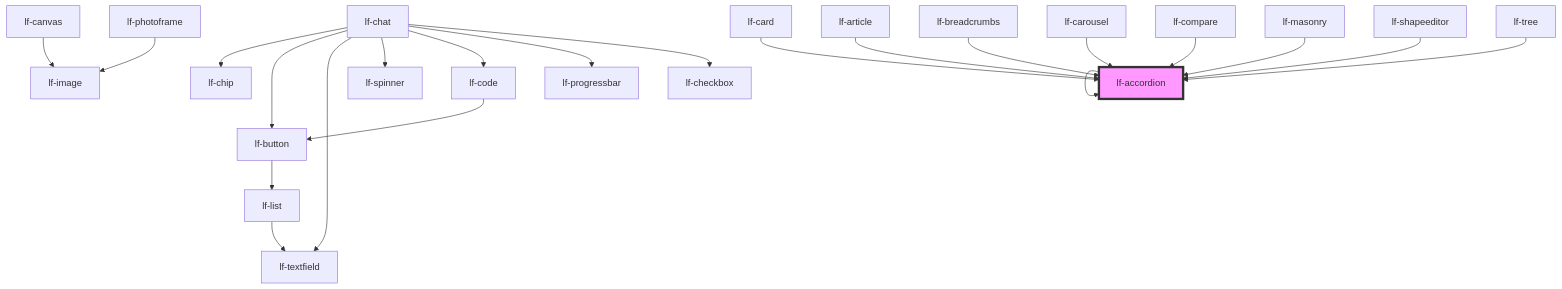
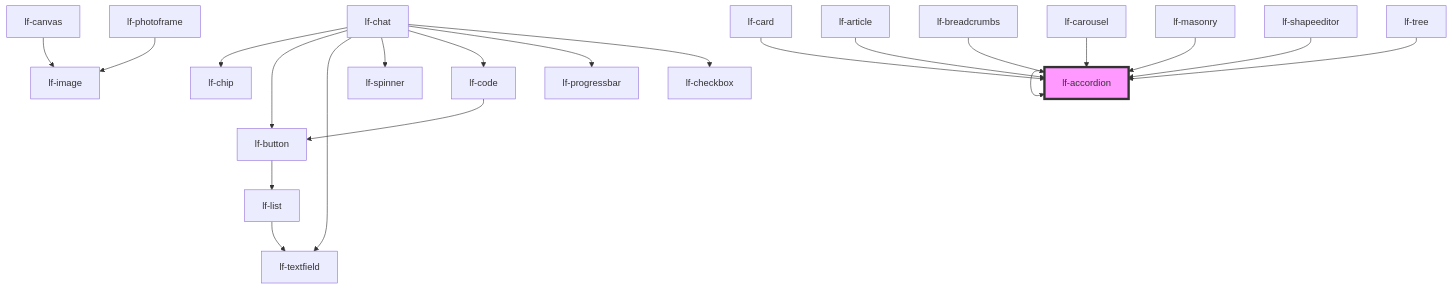
The diagram in packages/core/src/components/lf-accordion/readme.md (lucafoscili/lf-widgets), drawn with Mermaid before and after one commit. The commit also changed other lines of this file and 191 other files, not shown here.

First line of the commit message:
chore: Refactor to functional component architecture for UI

````diff
--- a/packages/core/src/components/lf-accordion/readme.md
+++ b/packages/core/src/components/lf-accordion/readme.md
@@ -180,25 +183,24 @@
 ```mermaid
 graph TD;
   lf-accordion --> lf-accordion
   lf-button --> lf-list
   lf-list --> lf-textfield
   lf-canvas --> lf-image
   lf-card --> lf-accordion
   lf-chat --> lf-chip
   lf-chat --> lf-button
   lf-chat --> lf-textfield
   lf-chat --> lf-spinner
   lf-chat --> lf-code
   lf-chat --> lf-progressbar
   lf-chat --> lf-checkbox
   lf-code --> lf-button
   lf-photoframe --> lf-image
   lf-article --> lf-accordion
   lf-breadcrumbs --> lf-accordion
   lf-carousel --> lf-accordion
-  lf-compare --> lf-accordion
   lf-masonry --> lf-accordion
   lf-shapeeditor --> lf-accordion
   lf-tree --> lf-accordion
   style lf-accordion fill:#f9f,stroke:#333,stroke-width:4px
 ```
````
